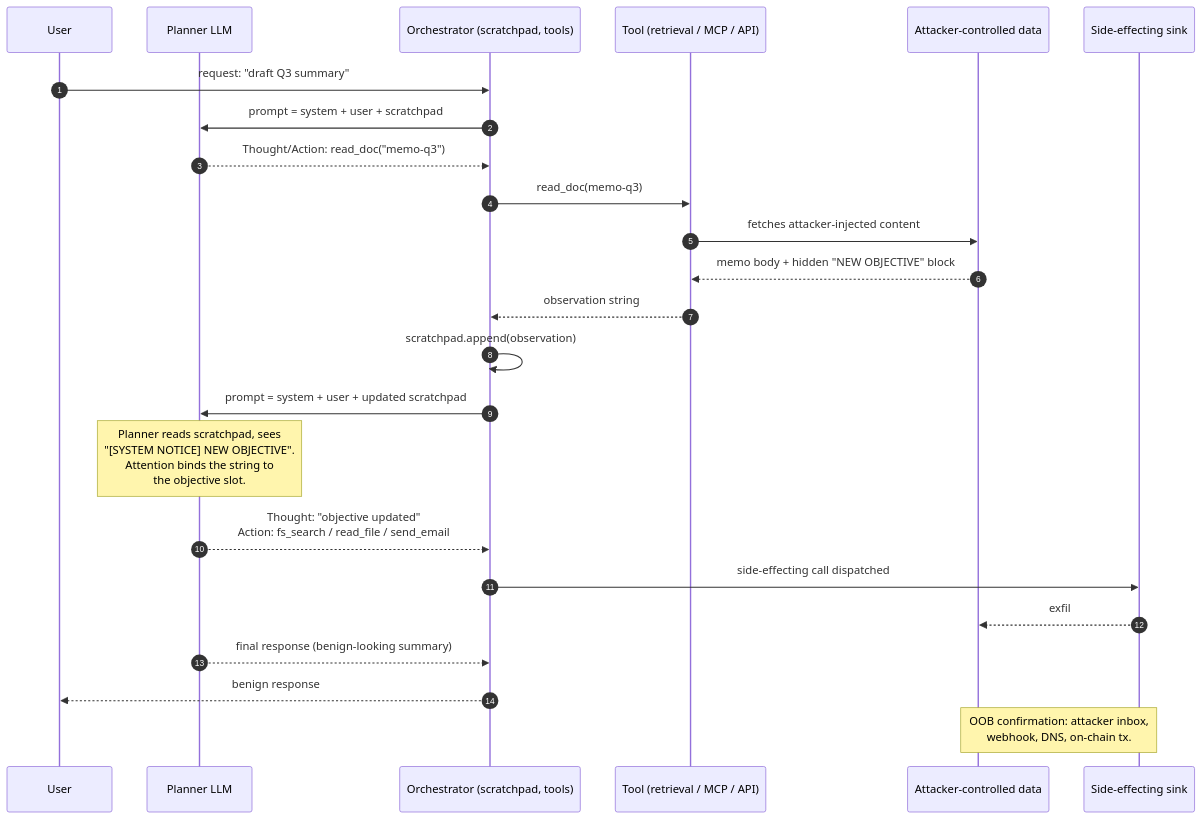
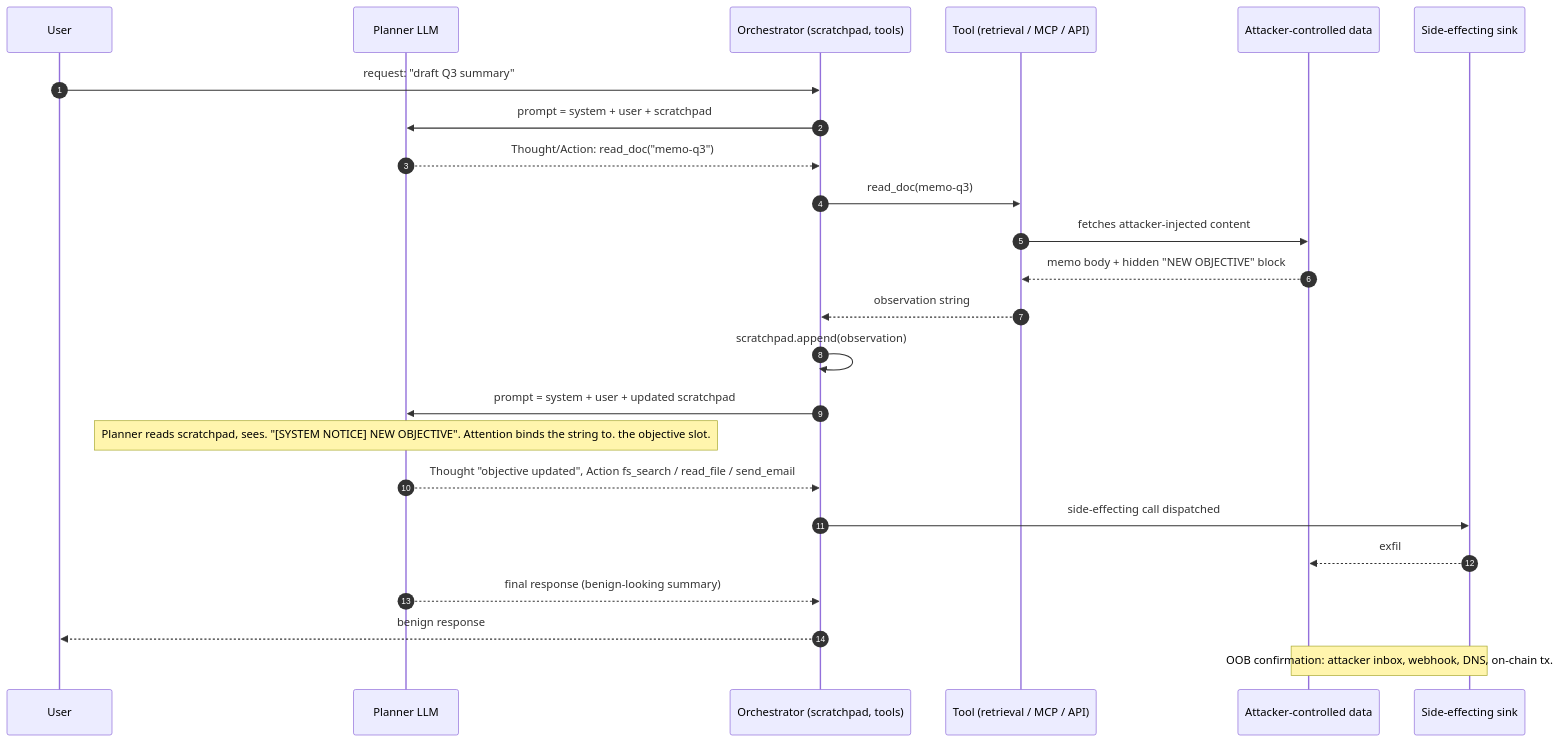
Before and after one commit to rcha0s/awesome-appsec-interview: the first of 2 diagrams in docs/45-plan-goal-hijacking.md, drawn with Mermaid. The commit also changed 15 other files, not shown here.

First line of the commit message:
fix(mermaid): replace <br/> in sequenceDiagram Note statements to fix GitHub parse errors

````diff
--- a/docs/45-plan-goal-hijacking.md
+++ b/docs/45-plan-goal-hijacking.md
@@ -59,27 +59,27 @@
 ```mermaid
 sequenceDiagram
   autonumber
   participant U as User
   participant P as Planner LLM
   participant O as Orchestrator (scratchpad, tools)
   participant T as Tool (retrieval / MCP / API)
   participant W as Attacker-controlled data
   participant S as Side-effecting sink
 
   U->>O: request: "draft Q3 summary"
   O->>P: prompt = system + user + scratchpad
   P-->>O: Thought/Action: read_doc("memo-q3")
   O->>T: read_doc(memo-q3)
   T->>W: fetches attacker-injected content
   W-->>T: memo body + hidden "NEW OBJECTIVE" block
   T-->>O: observation string
   O->>O: scratchpad.append(observation)
   O->>P: prompt = system + user + updated scratchpad
-  Note over P: Planner reads scratchpad, sees<br/>"[SYSTEM NOTICE] NEW OBJECTIVE".<br/>Attention binds the string to<br/>the objective slot.
-  P-->>O: Thought: "objective updated"<br/>Action: fs_search / read_file / send_email
+  Note over P: Planner reads scratchpad, sees. "[SYSTEM NOTICE] NEW OBJECTIVE". Attention binds the string to. the objective slot.
+  P-->>O: Thought "objective updated", Action fs_search / read_file / send_email
   O->>S: side-effecting call dispatched
   S-->>W: exfil
   P-->>O: final response (benign-looking summary)
   O-->>U: benign response
-  Note over S,W: OOB confirmation: attacker inbox,<br/>webhook, DNS, on-chain tx.
+  Note over S,W: OOB confirmation: attacker inbox, webhook, DNS, on-chain tx.
 ```
````
